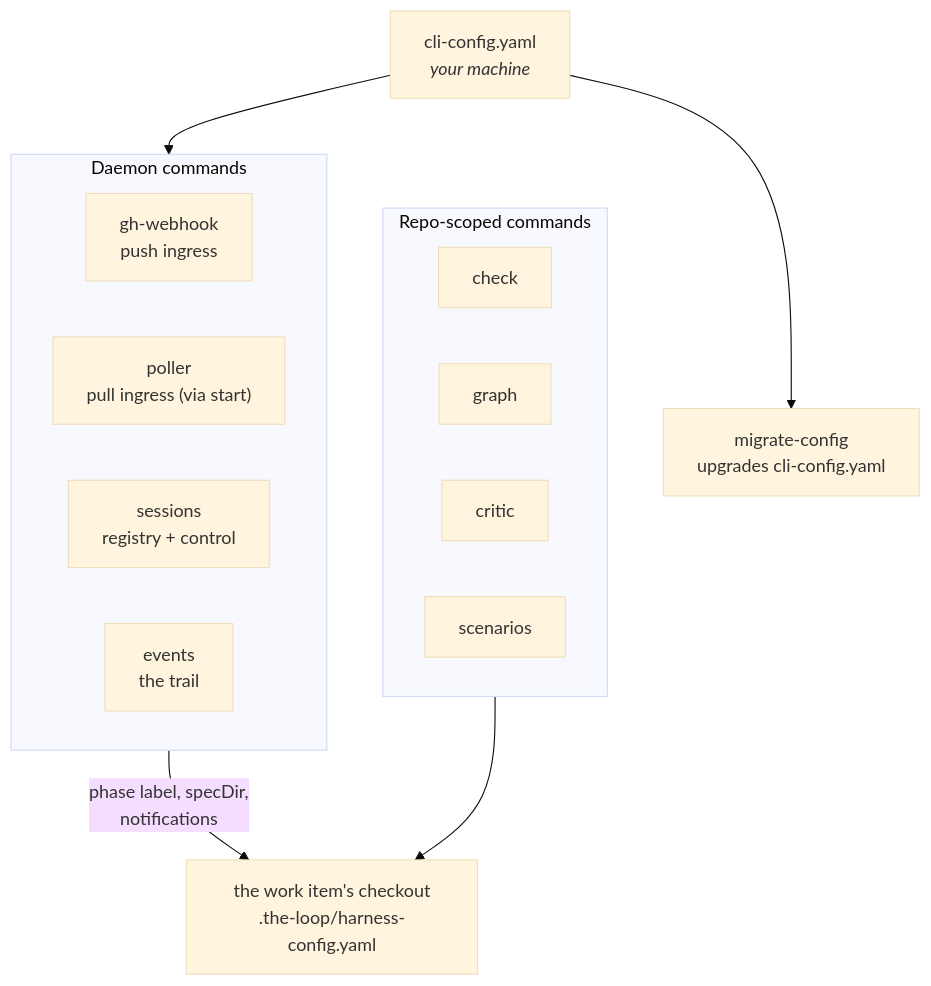
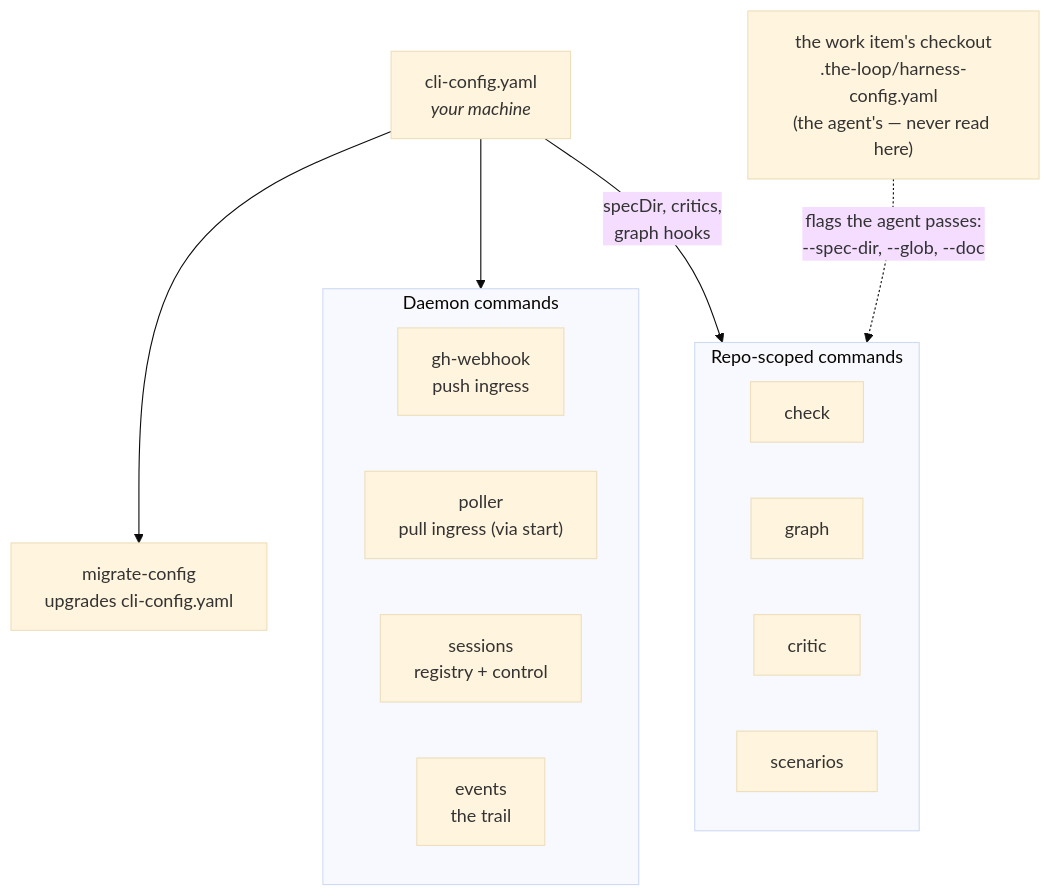
The diagram in docs/cli/index.md (MadaraUchiha-314/the-loop), drawn with Mermaid (base theme) before and after one commit. The commit also changed other lines of this file and 174 other files, not shown here.

First line of the commit message:
feat(issue-352)!: the CLI stops reading harness-config.yaml; the file is the agent's alone (#353)

````diff
--- a/docs/cli/index.md
+++ b/docs/cli/index.md
@@ -51,22 +51,22 @@
 ```mermaid
 graph TD
   CFG["cli-config.yaml<br/><i>your machine</i>"]
   subgraph D["Daemon commands"]
     GW["gh-webhook<br/>push ingress"]
     PO["poller<br/>pull ingress (via start)"]
     SE["sessions<br/>registry + control"]
     EV["events<br/>the trail"]
   end
   subgraph R["Repo-scoped commands"]
     CH["check"]
     GR["graph"]
     CR["critic"]
     SC["scenarios"]
   end
-  HC["the work item's checkout<br/>.the-loop/harness-config.yaml"]
+  HC["the work item's checkout<br/>.the-loop/harness-config.yaml<br/>(the agent's — never read here)"]
   MC["migrate-config<br/>upgrades cli-config.yaml"]
   CFG --> D
   CFG --> MC
-  D -->|"phase label, specDir,<br/>notifications"| HC
-  R --> HC
+  CFG -->|"specDir, critics,<br/>graph hooks"| R
+  HC -. "flags the agent passes:<br/>--spec-dir, --glob, --doc" .-> R
 ```
````
